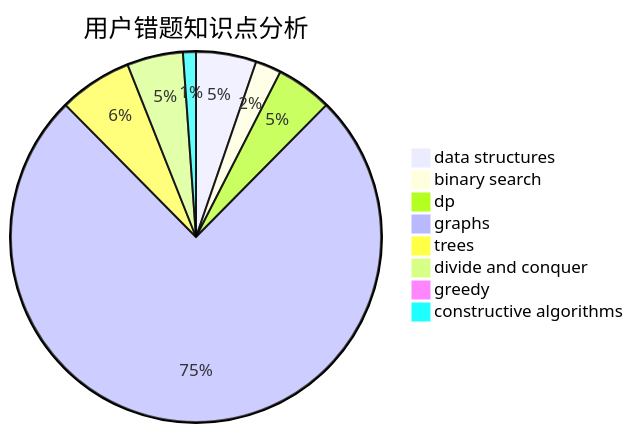
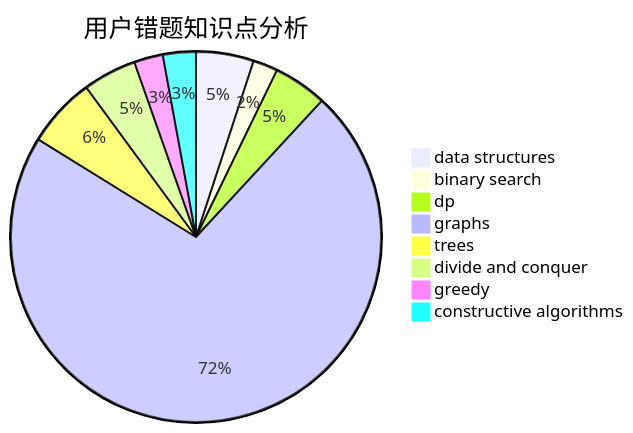
One commit to sherpahu/cfrs.github.io changed the third of 3 diagrams in docs/user/u1719.md. Above: the diagram before and after it, drawn with Mermaid. The commit also changed other lines of this file and 2770 other files, not shown here.

````diff
--- a/docs/user/u1719.md
+++ b/docs/user/u1719.md
@@ -36,11 +36,11 @@
 ```mermaid
 pie title 用户错题知识点分析
     "data structures" :  14
     "binary search" :  6
     "dp" :  13
     "graphs" :  200
     "trees" :  17
     "divide and conquer" :  13
-    "greedy" :  2
-    "constructive algorithms" :  3
+    "greedy" :  7
+    "constructive algorithms" :  8
 ```
````
